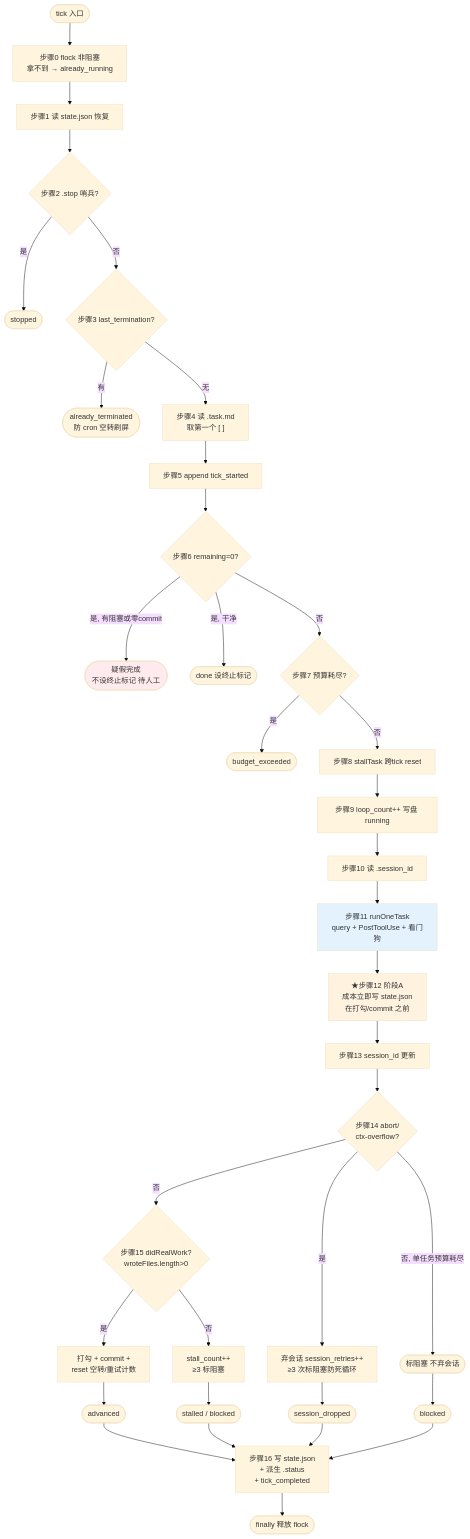
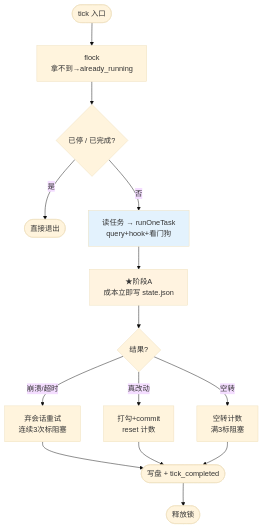
Before and after one commit to free-wyq/loop: the second of 3 diagrams in README.md, drawn with Mermaid (base theme). The commit also changed other lines of this file, not shown here.

Commit message:
docs(readme): 精简 mermaid 架构图，整体图压到单线主干、控制流图去掉16步编号

````diff
--- a/README.md
+++ b/README.md
@@ -83,41 +36,19 @@
 ```mermaid
 flowchart TD
-    Start([tick 入口]) --> L0["步骤0 flock 非阻塞<br/>拿不到 → already_running"]
-    L0 --> L1["步骤1 读 state.json 恢复"]
-    L1 --> L2{"步骤2 .stop 哨兵?"}
-    L2 -->|是| Stopped([stopped])
-    L2 -->|否| L3{"步骤3 last_termination?"}
-    L3 -->|有| AT([already_terminated<br/>防 cron 空转刷屏])
-    L3 -->|无| L4["步骤4 读 .task.md<br/>取第一个 [ ]"]
-    L4 --> L5["步骤5 append tick_started"]
-    L5 --> L6{"步骤6 remaining=0?"}
-    L6 -->|是, 有阻塞或零commit| SFC([疑假完成<br/>不设终止标记 待人工])
-    L6 -->|是, 干净| Done([done 设终止标记])
-    L6 -->|否| L7{"步骤7 预算耗尽?"}
-    L7 -->|是| BE([budget_exceeded])
-    L7 -->|否| L8["步骤8 stallTask 跨tick reset"]
-    L8 --> L9["步骤9 loop_count++ 写盘 running"]
-    L9 --> L10["步骤10 读 .session_id"]
-    L10 --> L11["步骤11 runOneTask<br/>query + PostToolUse + 看门狗"]
-    L11 --> L12["★步骤12 阶段A<br/>成本立即写 state.json<br/>在打勾/commit 之前"]
-    L12 --> L13["步骤13 session_id 更新"]
-    L13 --> L14{"步骤14 abort/<br/>ctx-overflow?"}
-    L14 -->|是| SD["弃会话 session_retries++<br/>≥3 次标阻塞防死循环"]
-    L14 -->|否, 单任务预算耗尽| TB(["标阻塞 不弃会话"])
-    SD --> SDC([session_dropped])
-    TB --> B2([blocked])
-    L14 -->|否| L15{"步骤15 didRealWork?<br/>wroteFiles.length>0"}
-    L15 -->|是| ADV["打勾 + commit +<br/>reset 空转/重试计数"]
-    L15 -->|否| STALL["stall_count++<br/>≥3 标阻塞"]
-    ADV --> L16(["advanced"])
-    STALL --> L16b(["stalled / blocked"])
-    L16 --> L17["步骤16 写 state.json<br/>+ 派生 .status<br/>+ tick_completed"]
-    L16b --> L17
-    SDC --> L17
-    B2 --> L17
-    L17 --> Release(["finally 释放 flock"])
+    Start([tick 入口]) --> Lock["flock<br/>拿不到→already_running"]
+    Lock --> Check{"已停 / 已完成?"}
+    Check -->|是| Exit([直接退出])
+    Check -->|否| Run["读任务 → runOneTask<br/>query+hook+看门狗"]
+    Run --> PhaseA["★阶段A<br/>成本立即写 state.json"]
+    PhaseA --> Judge{"结果?"}
+    Judge -->|崩溃/超时| Drop["弃会话重试<br/>连续3次标阻塞"]
+    Judge -->|真改动| Adv["打勾+commit<br/>reset 计数"]
+    Judge -->|空转| Stall["空转计数<br/>满3标阻塞"]
+    Drop --> Write(["写盘 + tick_completed"])
+    Adv --> Write
+    Stall --> Write
+    Write --> Release(["释放锁"])
 
-    style L12 fill:#fff3e0
-    style SFC fill:#ffebee
-    style L11 fill:#e3f2fd
+    style PhaseA fill:#fff3e0
+    style Run fill:#e3f2fd
 ```
````
